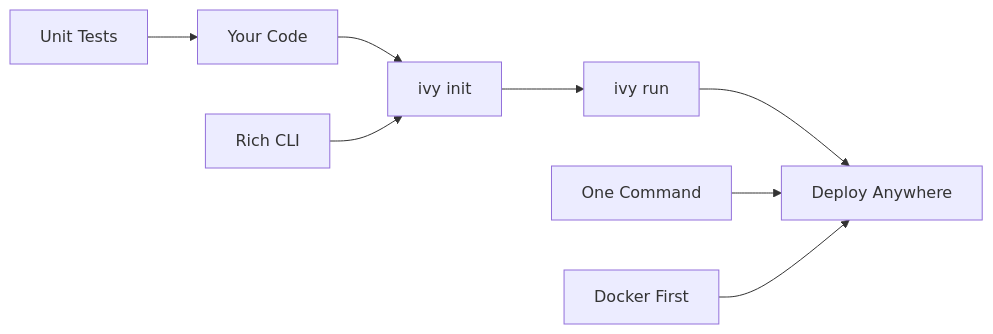
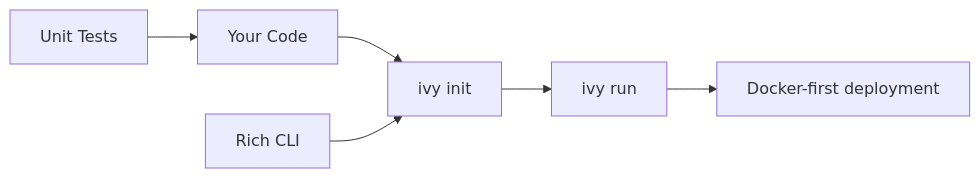
Before and after one commit to svetlana-soboleva/Ivy-Framework: the fifth of 5 diagrams in Ivy.Docs.Shared/Docs/01_Onboarding/01_GettingStarted/01_Introduction.md, drawn with Mermaid.

Commit message:
feat: refactor mermaid

````diff
--- a/Ivy.Docs.Shared/Docs/01_Onboarding/01_GettingStarted/01_Introduction.md
+++ b/Ivy.Docs.Shared/Docs/01_Onboarding/01_GettingStarted/01_Introduction.md
@@ -132,12 +132,10 @@
 ```mermaid
 graph LR
     A[Your Code] --> B[ivy init]
     B --> C[ivy run]
-    C --> D[Deploy Anywhere]
+    C --> H[Docker-first deployment]
     
-    E[One Command] --> D
     F[Rich CLI] --> B
     G[Unit Tests] --> A
-    H[Docker First] --> D
     
 ```
````
